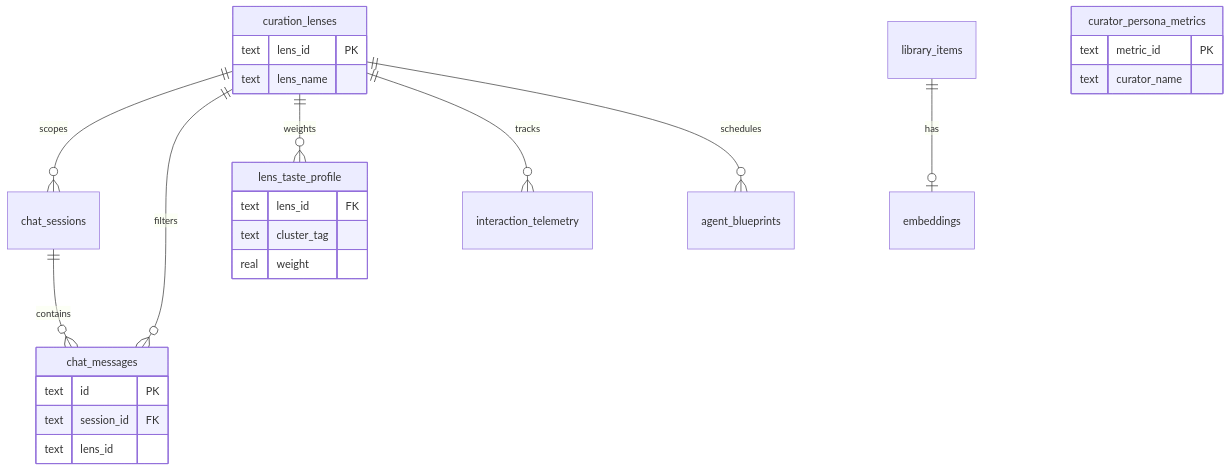
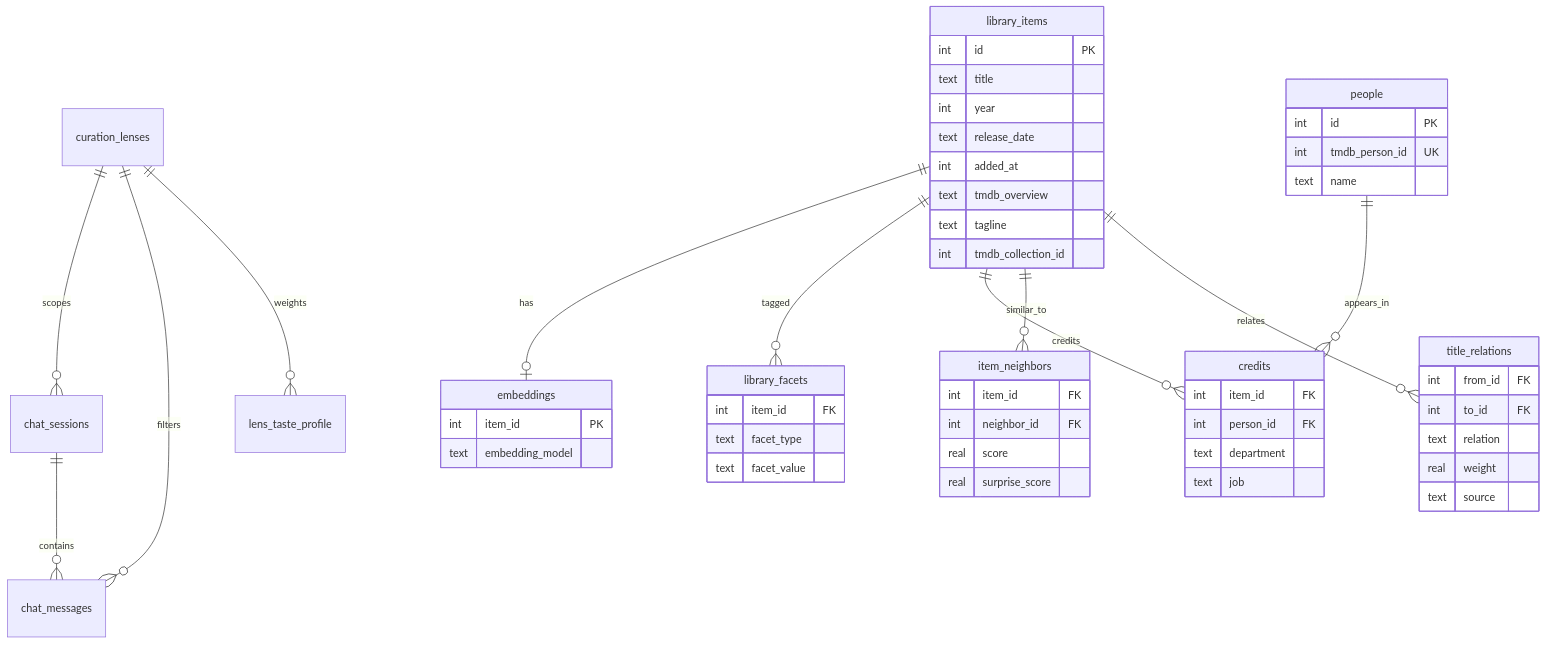
Before and after one commit to romwil/curatorx: the diagram in docs/DATA_MODEL.md, drawn with Mermaid. The commit also changed other lines of this file and 16 other files, not shown here.

````diff
--- a/docs/DATA_MODEL.md
+++ b/docs/DATA_MODEL.md
@@ -353,28 +419,56 @@
 ```mermaid
 erDiagram
     curation_lenses ||--o{ chat_sessions : scopes
     curation_lenses ||--o{ chat_messages : filters
     curation_lenses ||--o{ lens_taste_profile : weights
-    curation_lenses ||--o{ interaction_telemetry : tracks
-    curation_lenses ||--o{ agent_blueprints : schedules
     library_items ||--o| embeddings : has
+    library_items ||--o{ library_facets : tagged
+    library_items ||--o{ credits : credits
+    people ||--o{ credits : appears_in
+    library_items ||--o{ item_neighbors : similar_to
+    library_items ||--o{ title_relations : relates
     chat_sessions ||--o{ chat_messages : contains
-    curation_lenses {
-        text lens_id PK
-        text lens_name
+    library_items {
+        int id PK
+        text title
+        int year
+        text release_date
+        int added_at
+        text tmdb_overview
+        text tagline
+        int tmdb_collection_id
     }
-    chat_messages {
-        text id PK
-        text session_id FK
-        text lens_id
+    people {
+        int id PK
+        int tmdb_person_id UK
+        text name
     }
-    lens_taste_profile {
-        text lens_id FK
-        text cluster_tag
+    credits {
+        int item_id FK
+        int person_id FK
+        text department
+        text job
+    }
+    embeddings {
+        int item_id PK
+        text embedding_model
+    }
+    item_neighbors {
+        int item_id FK
+        int neighbor_id FK
+        real score
+        real surprise_score
+    }
+    title_relations {
+        int from_id FK
+        int to_id FK
+        text relation
         real weight
+        text source
     }
-    curator_persona_metrics {
-        text metric_id PK
-        text curator_name
+    library_facets {
+        int item_id FK
+        text facet_type
+        text facet_value
     }
 ```
````
